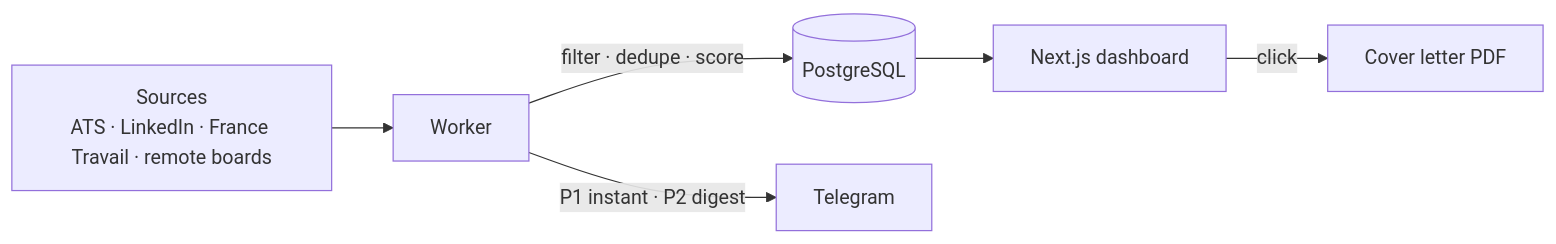
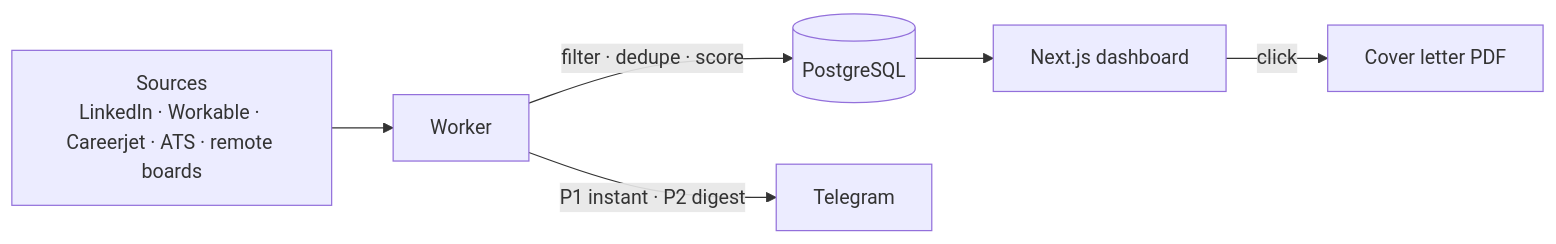
One commit to jadbouzaien/findmejob-aribi changed the diagram in README.md. Above: the diagram before and after it, drawn with Mermaid. The commit also changed other lines of this file and 23 other files, not shown here.

````diff
--- a/README.md
+++ b/README.md
@@ -69,8 +60,8 @@
 ```mermaid
 flowchart LR
-  S[Sources<br/>ATS · LinkedIn · France Travail · remote boards] --> W[Worker]
+  S[Sources<br/>LinkedIn · Workable · Careerjet · ATS · remote boards] --> W[Worker]
   W -->|filter · dedupe · score| DB[(PostgreSQL)]
   W -->|P1 instant · P2 digest| T[Telegram]
   DB --> D[Next.js dashboard]
   D -->|click| L[Cover letter PDF]
 ```
````
